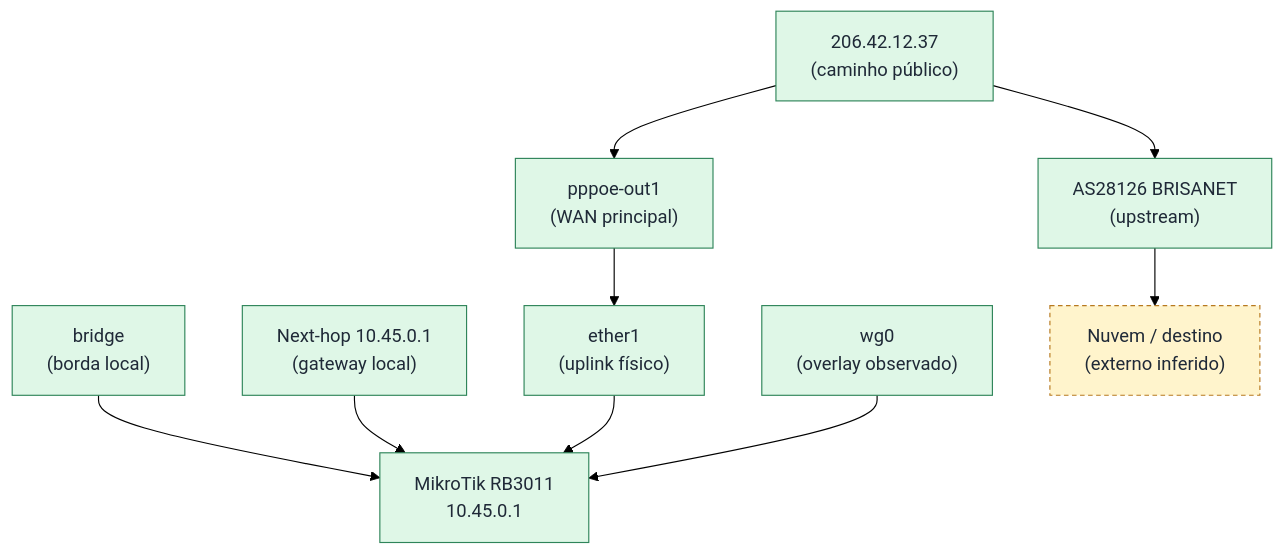
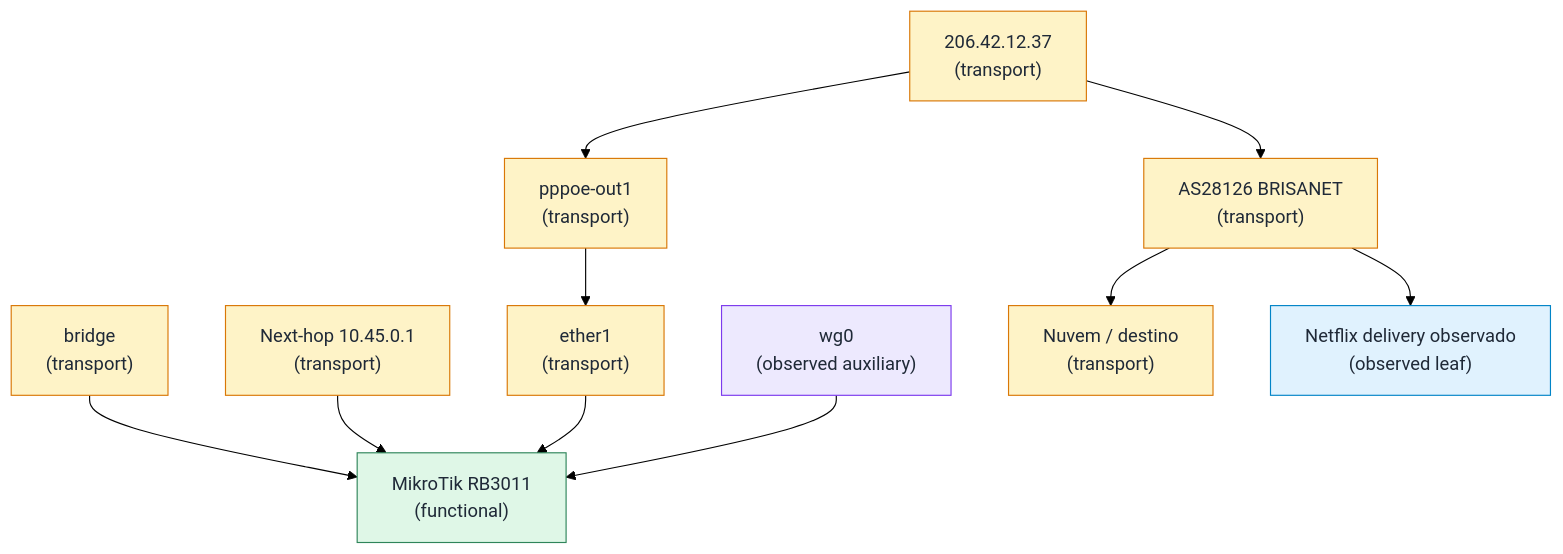
Before and after one commit to escossio/observabilidade: the diagram in dependency-graph/views/mikrotik_rb3011_dependency_graph.mmd, drawn with Mermaid (forest theme). The commit also changed 10 other files, not shown here.

Commit message:
feat: model transport tree semantics in dependency graph

```diff
--- a/dependency-graph/views/mikrotik_rb3011_dependency_graph.mmd
+++ b/dependency-graph/views/mikrotik_rb3011_dependency_graph.mmd
@@ -1,26 +1,33 @@
 flowchart TB
-  host["MikroTik RB3011<br/>10.45.0.1"]
+  host["MikroTik RB3011<br/>(functional)"]
 
-  bridge["bridge<br/>(borda local)"]
-  nexthop["Next-hop 10.45.0.1<br/>(gateway local)"]
-  ether1["ether1<br/>(uplink físico)"]
-  pppoe["pppoe-out1<br/>(WAN principal)"]
-  public_ip["206.42.12.37<br/>(caminho público)"]
-  wg0["wg0<br/>(overlay observado)"]
-  provider["AS28126 BRISANET<br/>(upstream)"]
-  destination["Nuvem / destino<br/>(externo inferido)"]
+  bridge["bridge<br/>(transport)"]
+  nexthop["Next-hop 10.45.0.1<br/>(transport)"]
+  ether1["ether1<br/>(transport)"]
+  pppoe["pppoe-out1<br/>(transport)"]
+  public_ip["206.42.12.37<br/>(transport)"]
+  wg0["wg0<br/>(observed auxiliary)"]
+  provider["AS28126 BRISANET<br/>(transport)"]
+  destination["Nuvem / destino<br/>(transport)"]
+  netflix_delivery["Netflix delivery observado<br/>(observed leaf)"]
 
   bridge --> host
   nexthop --> host
   ether1 --> host
   pppoe --> ether1
   public_ip --> pppoe
   public_ip --> provider
   wg0 --> host
   provider --> destination
+  provider --> netflix_delivery
 
-  classDef observed fill:#dff7e7,stroke:#2f855a,color:#1f2937,stroke-width:1px;
+  classDef functional fill:#dff7e7,stroke:#2f855a,color:#1f2937,stroke-width:1px;
+  classDef transport fill:#fef3c7,stroke:#d97706,color:#1f2937,stroke-width:1px;
+  classDef delivery fill:#e0f2fe,stroke:#0284c7,color:#1f2937,stroke-width:1px;
+  classDef auxiliary fill:#ede9fe,stroke:#7c3aed,color:#1f2937,stroke-width:1px;
   classDef inferred fill:#fff4cc,stroke:#b7791f,color:#1f2937,stroke-width:1px,stroke-dasharray: 4 3;
 
-  class host,bridge,nexthop,ether1,pppoe,public_ip,wg0,provider observed;
-  class destination inferred;
+  class host functional;
+  class bridge,nexthop,ether1,pppoe,public_ip,provider,destination transport;
+  class wg0 auxiliary;
+  class netflix_delivery delivery;
```
